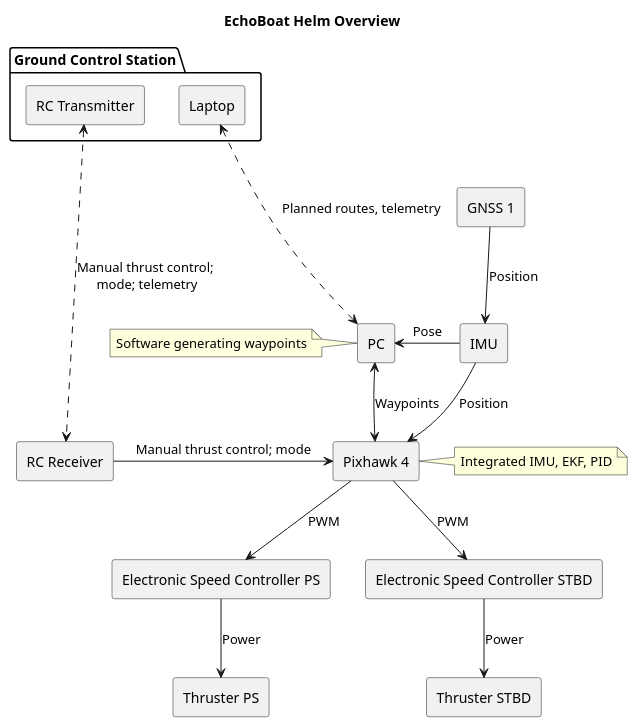
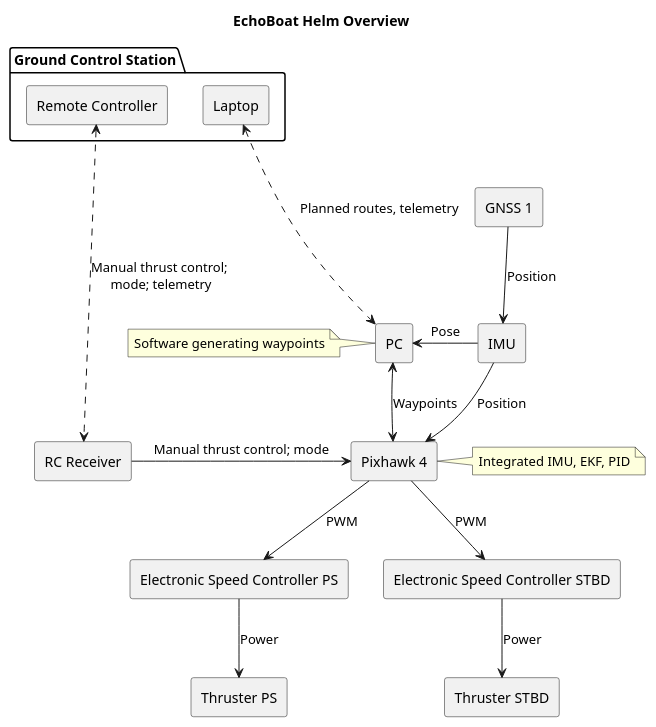
Before and after one commit to MalteBiermann/EchoBoat: the diagram in schemes/overview/overview_helm.plantuml, drawn with PlantUML. The commit also changed 1 other file, not shown here.

```diff
--- a/schemes/overview/overview_helm.plantuml
+++ b/schemes/overview/overview_helm.plantuml
@@ -1,56 +1,56 @@
 @startuml
 title "EchoBoat Helm Overview"
 skinparam componentStyle rectangle
 ' skinparam monochrome true
 ' skinparam linetype ortho
 
 component "Pixhawk 4" as PH
 component "PC"
 
 ' component "LIDAR"
 
 together {
 together {
     component "GNSS 1" as GNSS1
 }
 component "IMU"
 }
 
 component "Electronic Speed Controller PS" as ESCps
 component "Electronic Speed Controller STBD" as ESCstbd
 component "RC Receiver" as RCrec
 
 package "Ground Control Station"{
-    component "RC Transmitter" as RC
+    component "Remote Controller" as RC
     component "Laptop"
 }
 
 component "Thruster PS" as Mps
 component "Thruster STBD" as Mstbd
 
 RC <..down..> RCrec : Manual thrust control;\n mode; telemetry
 RCrec -> PH : Manual thrust control; mode
 
 Laptop <.> PC : Planned routes, telemetry
 
 note right of PH : Integrated IMU, EKF, PID
 
 PH <-up-> PC : Waypoints
 
 note left of PC : Software generating waypoints
 
 GNSS1 --> IMU : Position
 IMU -> PH : Position
 IMU -> PC : Pose
 ' IMU -up-> LIDAR : Pose
 ' LIDAR -down-> PC
 
 PH -down-> ESCps : PWM
 PH -down-> ESCstbd : PWM
 
 
 ESCps -down-> Mps : Power
 ESCstbd -down-> Mstbd : Power
 
 ' hide @unlinked
 @enduml
```
